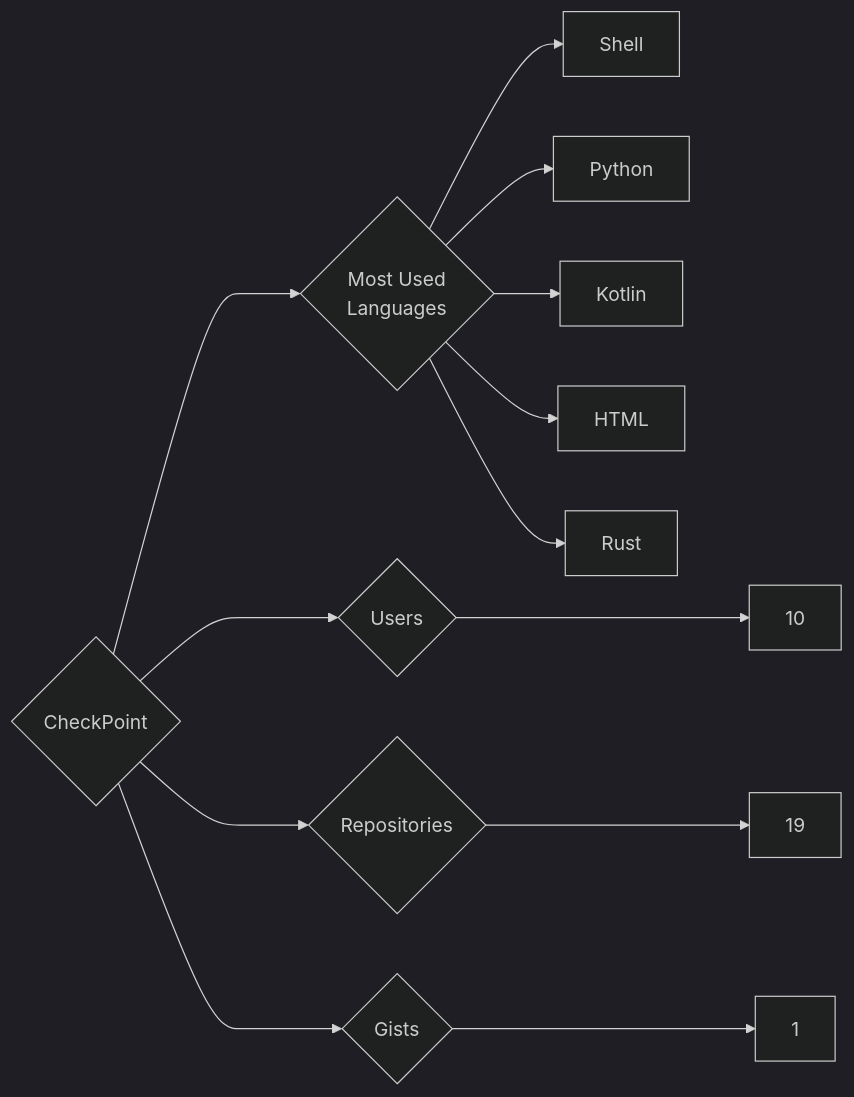
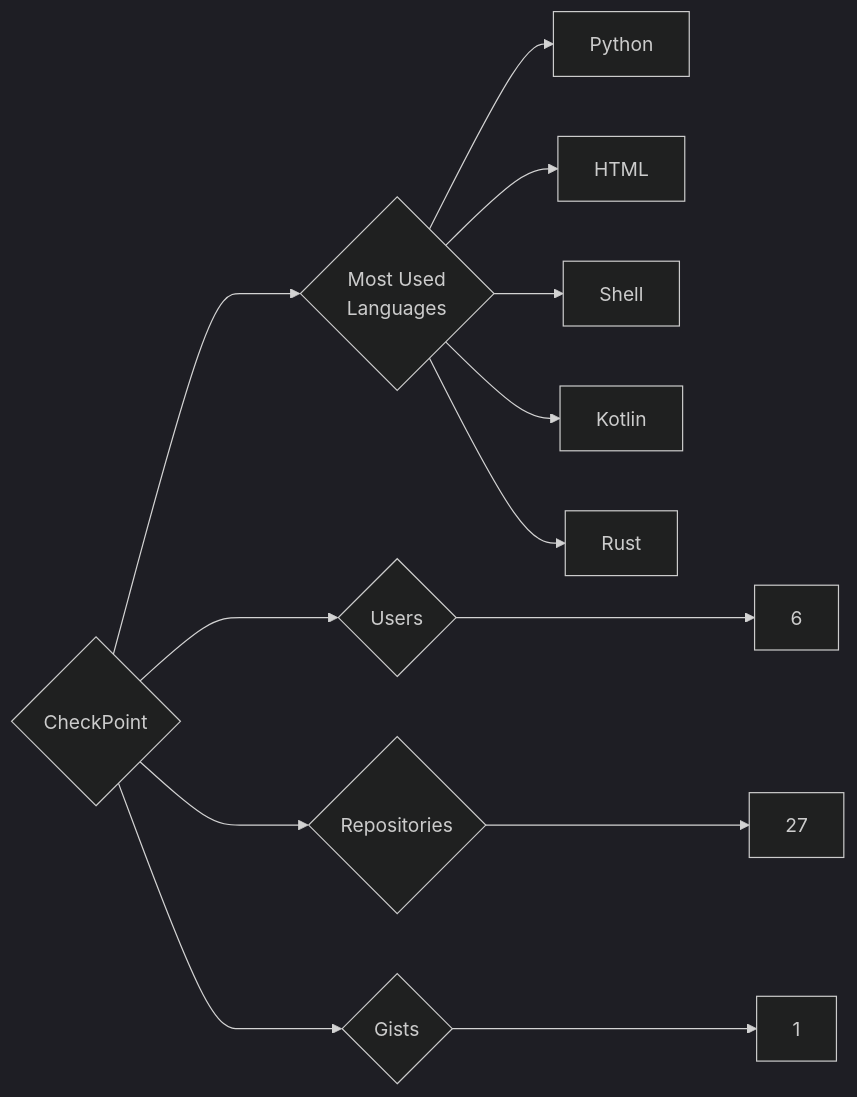
One commit to trickest/insiders changed the diagram in targets/CheckPoint/README.md. Above: the diagram before and after it, drawn with Mermaid (dark theme). The commit also changed 1084 other files, not shown here.

````diff
--- a/targets/CheckPoint/README.md
+++ b/targets/CheckPoint/README.md
@@ -3,13 +3,13 @@
 ```mermaid
 graph LR
 COMPANY_NAME{CheckPoint}
-COMPANY_NAME ---> U{Users} ---> UN[10]
-COMPANY_NAME ---> R{Repositories} ---> RN[19]
+COMPANY_NAME ---> U{Users} ---> UN[6]
+COMPANY_NAME ---> R{Repositories} ---> RN[27]
 COMPANY_NAME ---> G{Gists} ---> GN[1]
 COMPANY_NAME ---> ML{Most Used<br>Languages}
+ML --> Python[Python]
+ML --> HTML[HTML]
 ML --> Shell[Shell]
-ML --> Python[Python]
 ML --> Kotlin[Kotlin]
-ML --> HTML[HTML]
 ML --> Rust[Rust]
 ```
````
